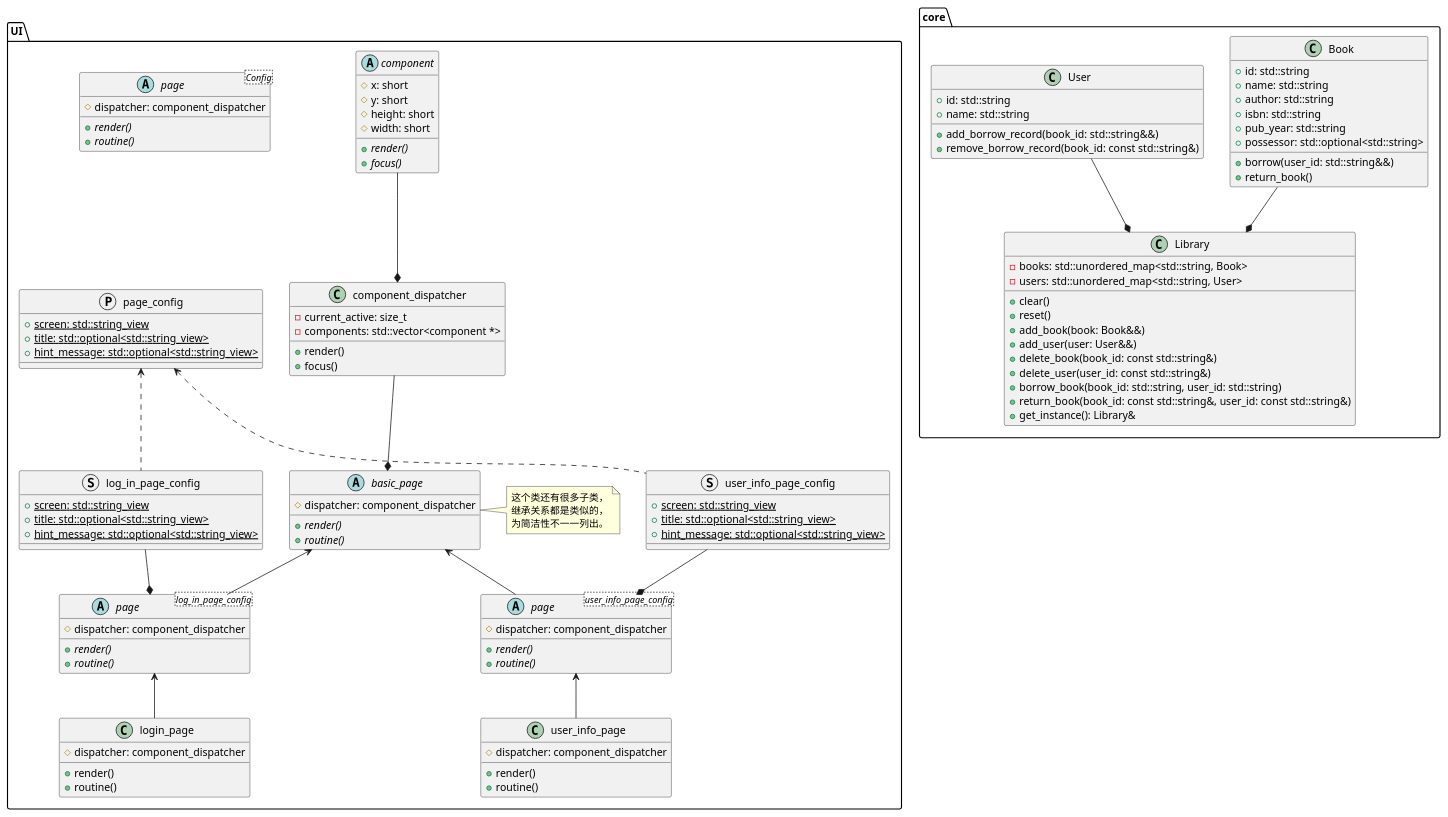
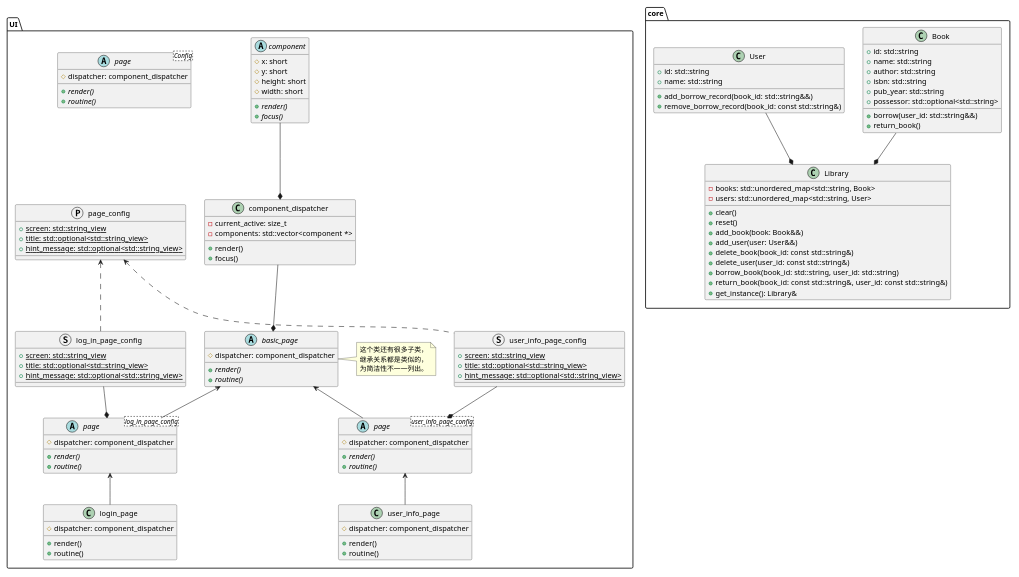
One commit to mikulovesuki/git_demo changed the second of 2 diagrams in readme.md. Above: the diagram before and after it, drawn with PlantUML. The commit also changed other lines of this file and 3 other files, not shown here.

````diff
--- a/readme.md
+++ b/readme.md
@@ -117,5 +118,8 @@
 ```plantuml
 @startuml
+
+scale 0.7
+
 package core {
   class Book {
     +id: std::string
````
